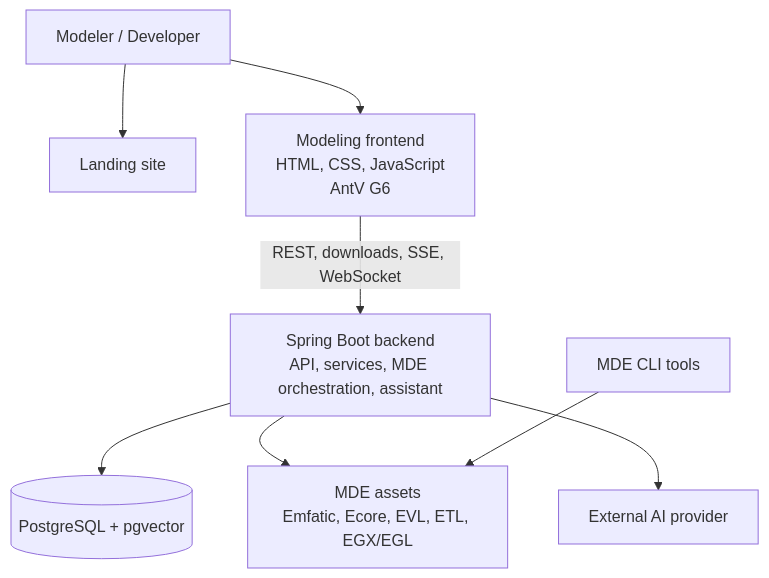
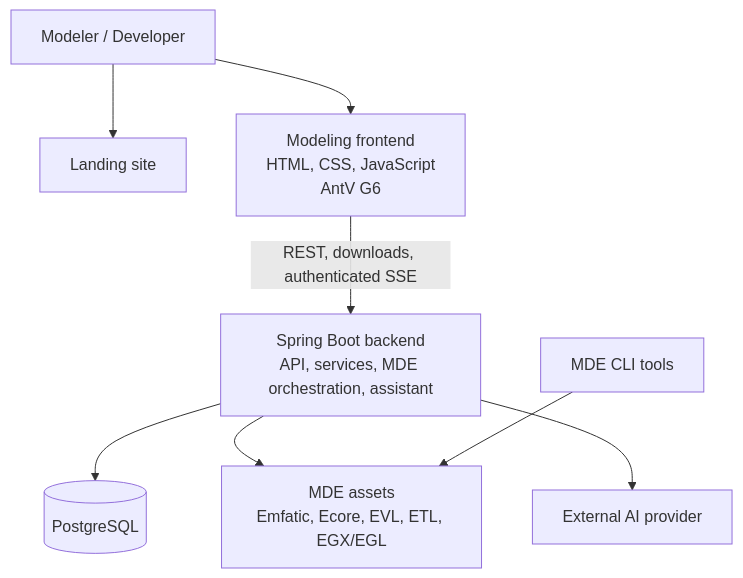
One commit to mehdieidi/modriss changed the diagram in docs/public-docs/docs/architecture/system.md. Above: the diagram before and after it, drawn with Mermaid. The commit also changed 37 other files, not shown here.

````diff
--- a/docs/public-docs/docs/architecture/system.md
+++ b/docs/public-docs/docs/architecture/system.md
@@ -3,19 +3,19 @@
 ```mermaid
 flowchart TB
     User["Modeler / Developer"]
     Landing["Landing site"]
     Frontend["Modeling frontend<br/>HTML, CSS, JavaScript<br/>AntV G6"]
     Backend["Spring Boot backend<br/>API, services, MDE orchestration, assistant"]
-    DB[("PostgreSQL + pgvector")]
+    DB[("PostgreSQL")]
     MDE["MDE assets<br/>Emfatic, Ecore, EVL, ETL, EGX/EGL"]
     AI["External AI provider"]
     CLIs["MDE CLI tools"]
 
     User --> Landing
     User --> Frontend
-    Frontend -->|"REST, downloads, SSE, WebSocket"| Backend
+    Frontend -->|"REST, downloads, authenticated SSE"| Backend
     Backend --> DB
     Backend --> MDE
     Backend --> AI
     CLIs --> MDE
 ```
````
